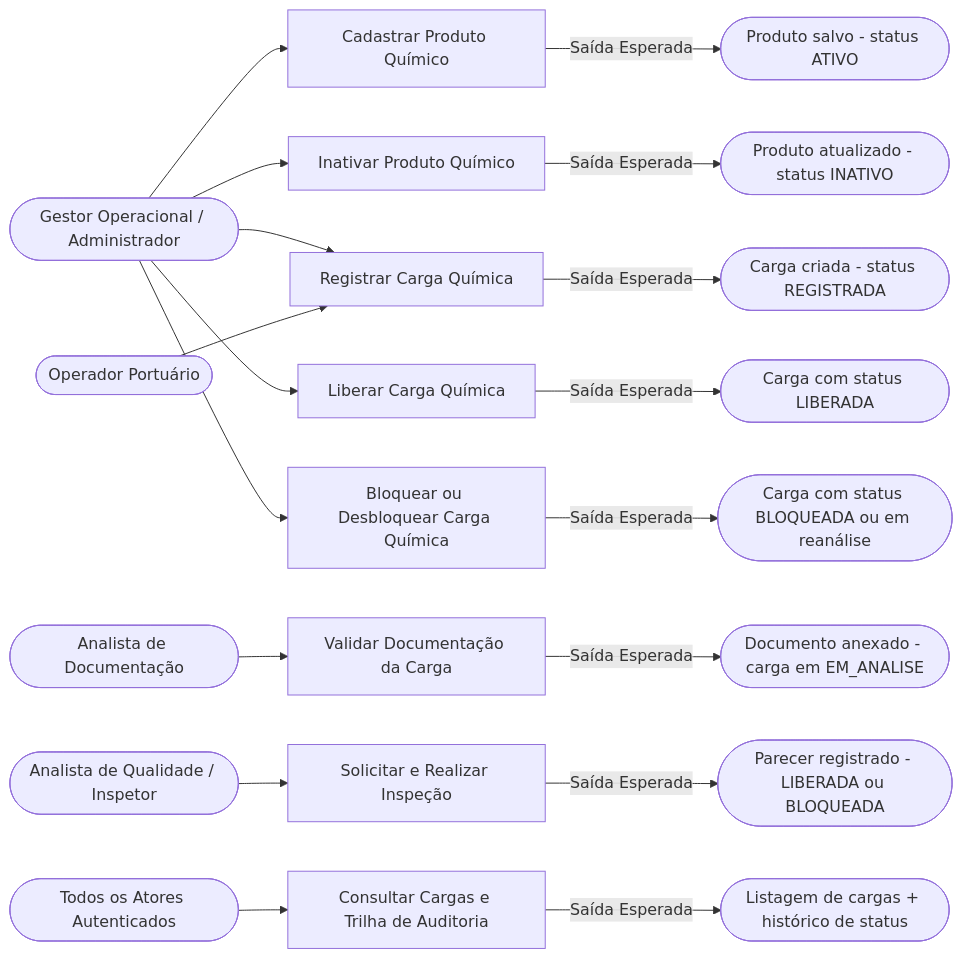
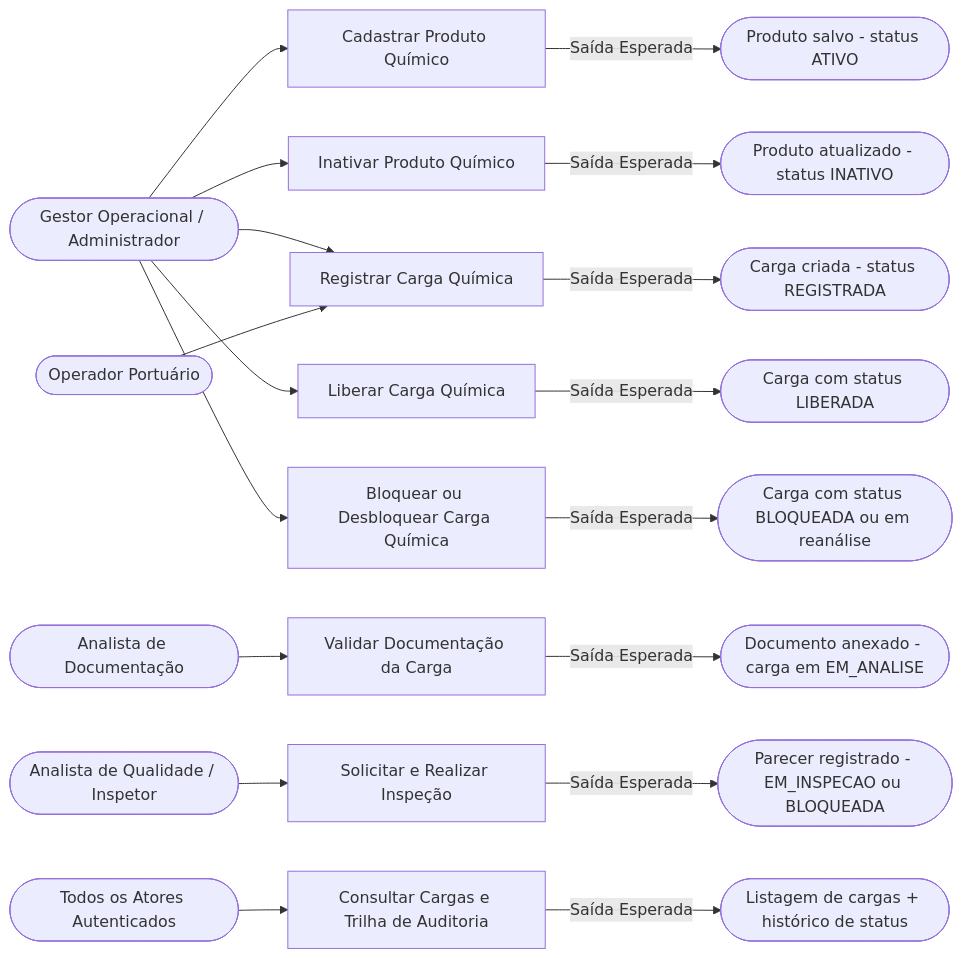
One commit to gabrixlzdev/QuimiPort changed the first of 2 diagrams in docs/3_casos_de_uso.md. Above: the diagram before and after it, drawn with Mermaid. The commit also changed other lines of this file and 7 other files, not shown here.

Commit message:
feat: Dominio Responsavel Tecnico, Clean Architect e detalhamento de testes

````diff
--- a/docs/3_casos_de_uso.md
+++ b/docs/3_casos_de_uso.md
@@ -5,31 +5,31 @@
 ```mermaid
 flowchart LR
   Gestor([Gestor Operacional / Administrador])
   Operador([Operador Portuário])
   Analista([Analista de Documentação])
   Qualidade([Analista de Qualidade / Inspetor])
   Todos([Todos os Atores Autenticados])
 
   Gestor --> UC1[Cadastrar Produto Químico]
   Gestor --> UC2[Inativar Produto Químico]
   Gestor --> UC3[Registrar Carga Química]
   Gestor --> UC6[Liberar Carga Química]
   Gestor --> UC7[Bloquear ou Desbloquear Carga Química]
 
   Operador --> UC3
 
   Analista --> UC4[Validar Documentação da Carga]
 
   Qualidade --> UC5[Solicitar e Realizar Inspeção]
 
   Todos --> UC8[Consultar Cargas e Trilha de Auditoria]
 
   UC1 -->|Saída Esperada| S1([Produto salvo - status ATIVO])
   UC2 -->|Saída Esperada| S2([Produto atualizado - status INATIVO])
   UC3 -->|Saída Esperada| S3([Carga criada - status REGISTRADA])
   UC4 -->|Saída Esperada| S4([Documento anexado - carga em EM_ANALISE])
-  UC5 -->|Saída Esperada| S5([Parecer registrado - LIBERADA ou BLOQUEADA])
+  UC5 -->|Saída Esperada| S5([Parecer registrado - EM_INSPECAO ou BLOQUEADA])
   UC6 -->|Saída Esperada| S6([Carga com status LIBERADA])
   UC7 -->|Saída Esperada| S7([Carga com status BLOQUEADA ou em reanálise])
   UC8 -->|Saída Esperada| S8([Listagem de cargas + histórico de status])
 ```
````
